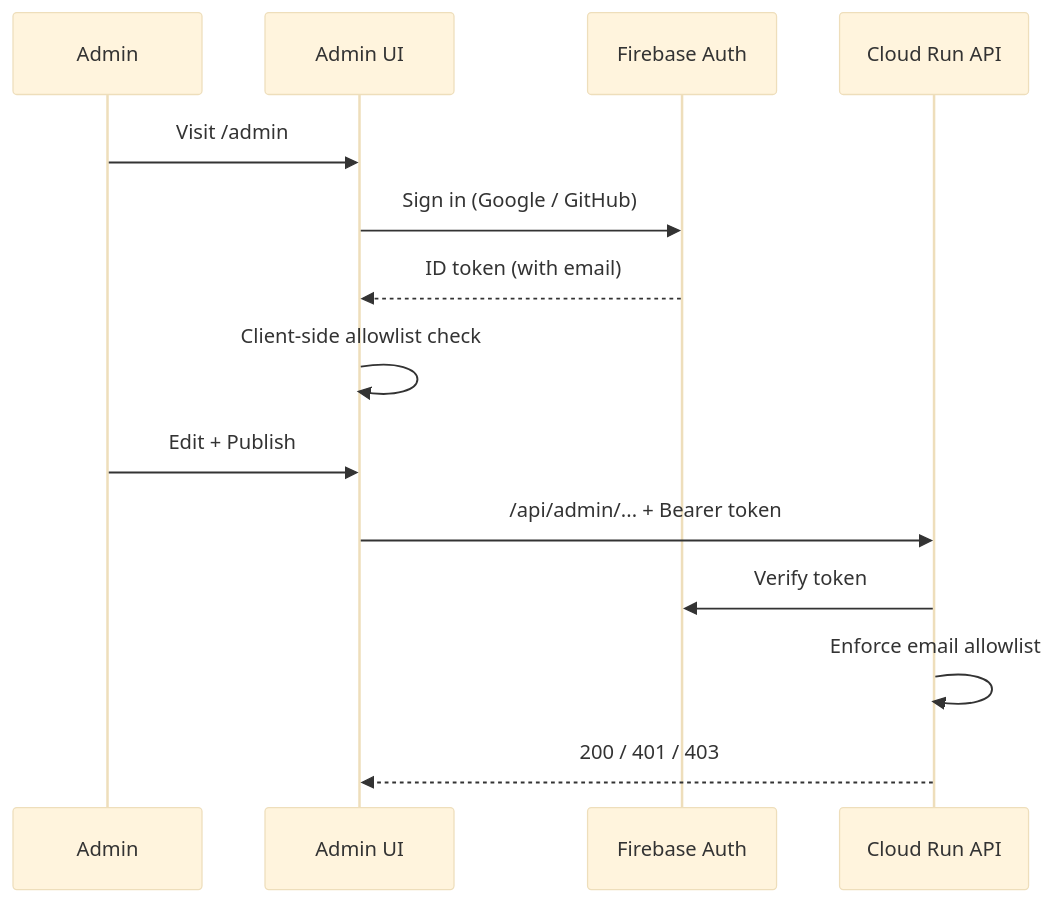
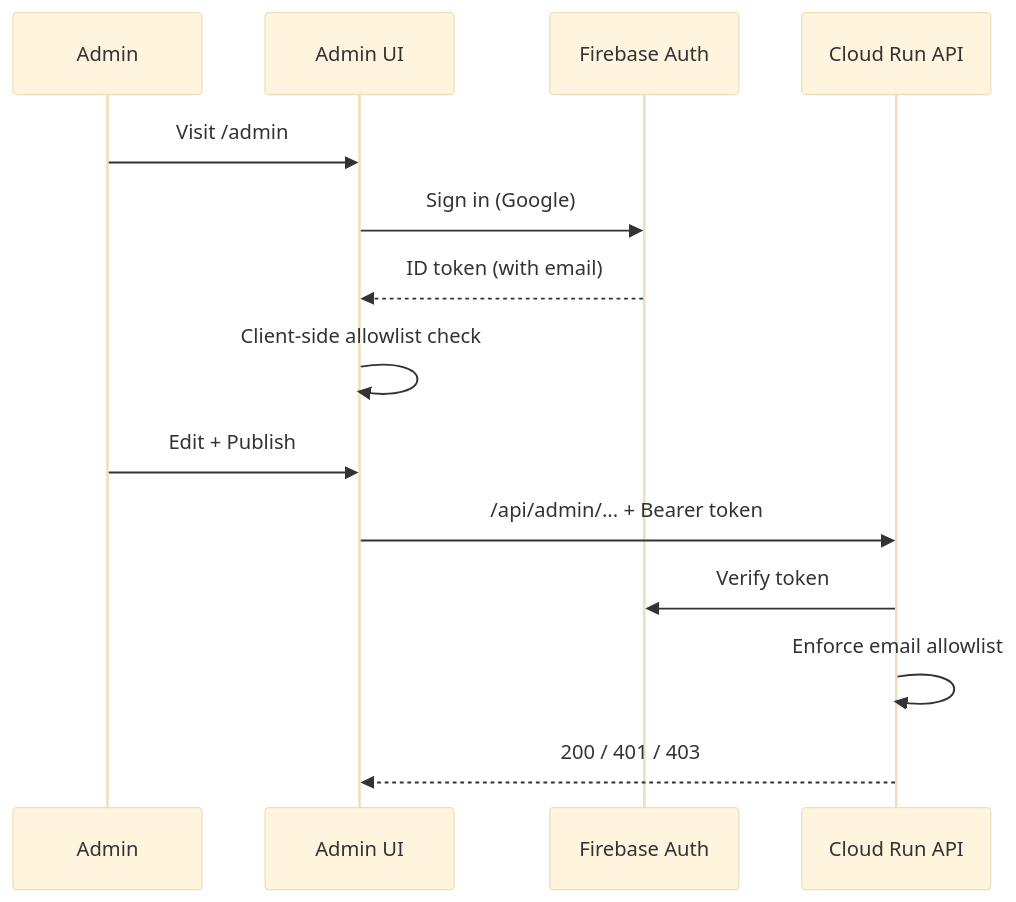
The diagram in docs/cms/overview.md (mematcha/mematcha.github.io), drawn with Mermaid (base theme) before and after one commit. The commit also changed other lines of this file and 17 other files, not shown here.

````diff
--- a/docs/cms/overview.md
+++ b/docs/cms/overview.md
@@ -9,17 +9,17 @@
 ```mermaid
 sequenceDiagram
   participant Admin
   participant CMS as Admin UI
   participant Firebase as Firebase Auth
   participant API as Cloud Run API
 
   Admin->>CMS: Visit /admin
-  CMS->>Firebase: Sign in (Google / GitHub)
+  CMS->>Firebase: Sign in (Google)
   Firebase-->>CMS: ID token (with email)
   CMS->>CMS: Client-side allowlist check
   Admin->>CMS: Edit + Publish
   CMS->>API: /api/admin/... + Bearer token
   API->>Firebase: Verify token
   API->>API: Enforce email allowlist
   API-->>CMS: 200 / 401 / 403
 ```
````
